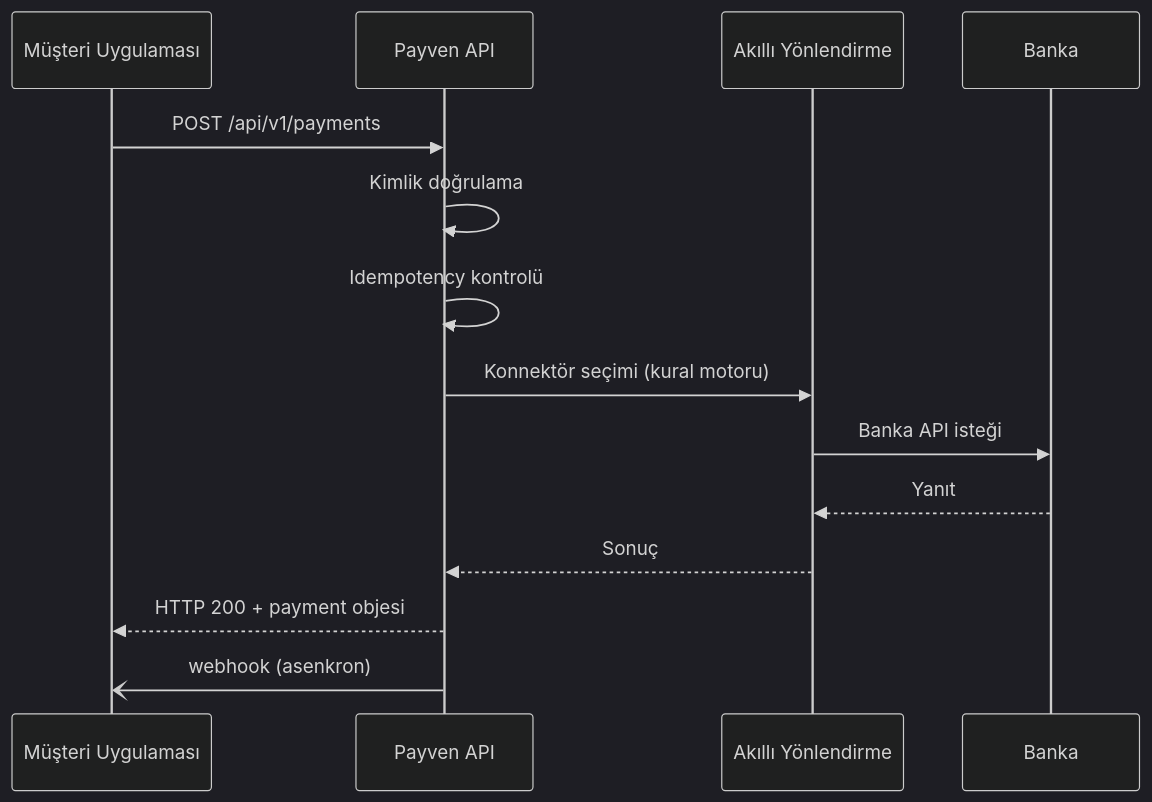
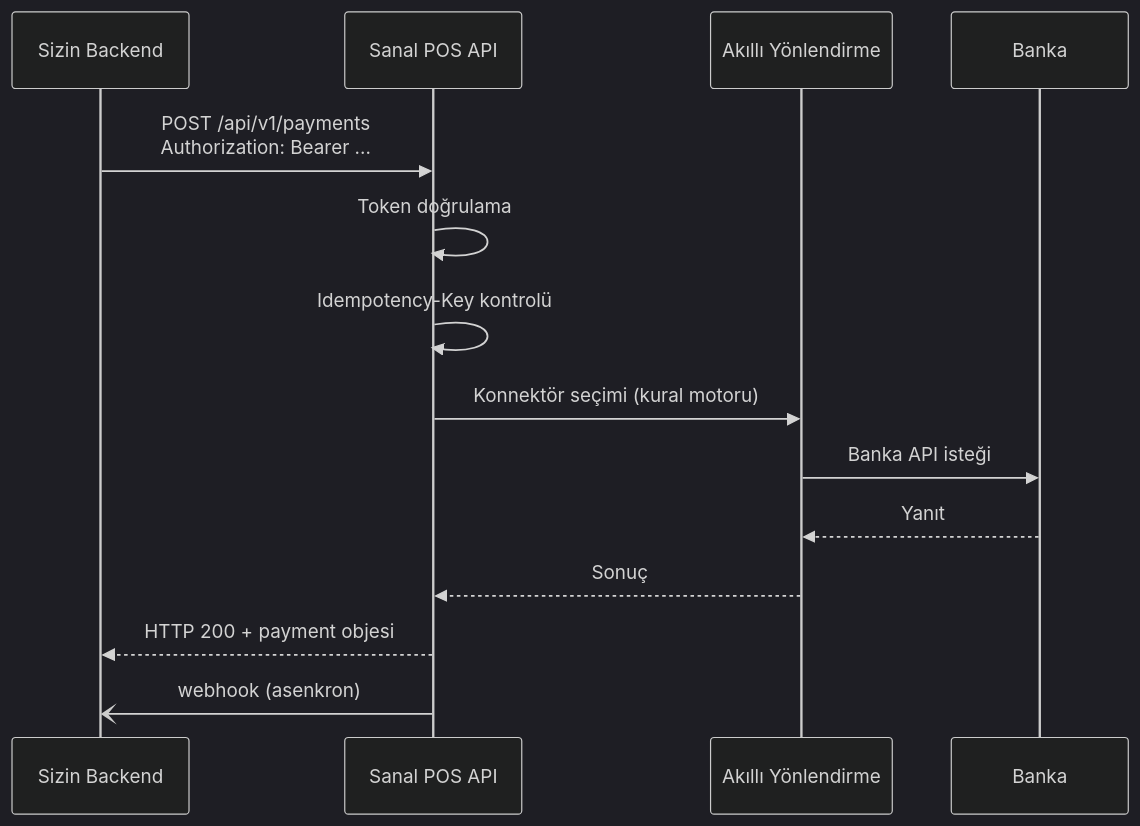
Before and after one commit to payment-pos/mintlify: the third of 3 diagrams in documentation/architecture.mdx, drawn with Mermaid (dark theme). The commit also changed other lines of this file and 73 other files, not shown here.

````diff
--- a/documentation/architecture.mdx
+++ b/documentation/architecture.mdx
@@ -71,17 +71,17 @@
 ```mermaid
 sequenceDiagram
-    participant App as Müşteri Uygulaması
-    participant API as Payven API
+    participant App as Sizin Backend
+    participant API as Sanal POS API
     participant Routing as Akıllı Yönlendirme
     participant Bank as Banka
 
-    App->>API: POST /api/v1/payments
-    API->>API: Kimlik doğrulama
-    API->>API: Idempotency kontrolü
+    App->>API: POST /api/v1/payments<br/>Authorization: Bearer ...
+    API->>API: Token doğrulama
+    API->>API: Idempotency-Key kontrolü
     API->>Routing: Konnektör seçimi (kural motoru)
     Routing->>Bank: Banka API isteği
     Bank-->>Routing: Yanıt
     Routing-->>API: Sonuç
     API-->>App: HTTP 200 + payment objesi
     API-)App: webhook (asenkron)
 ```
````
